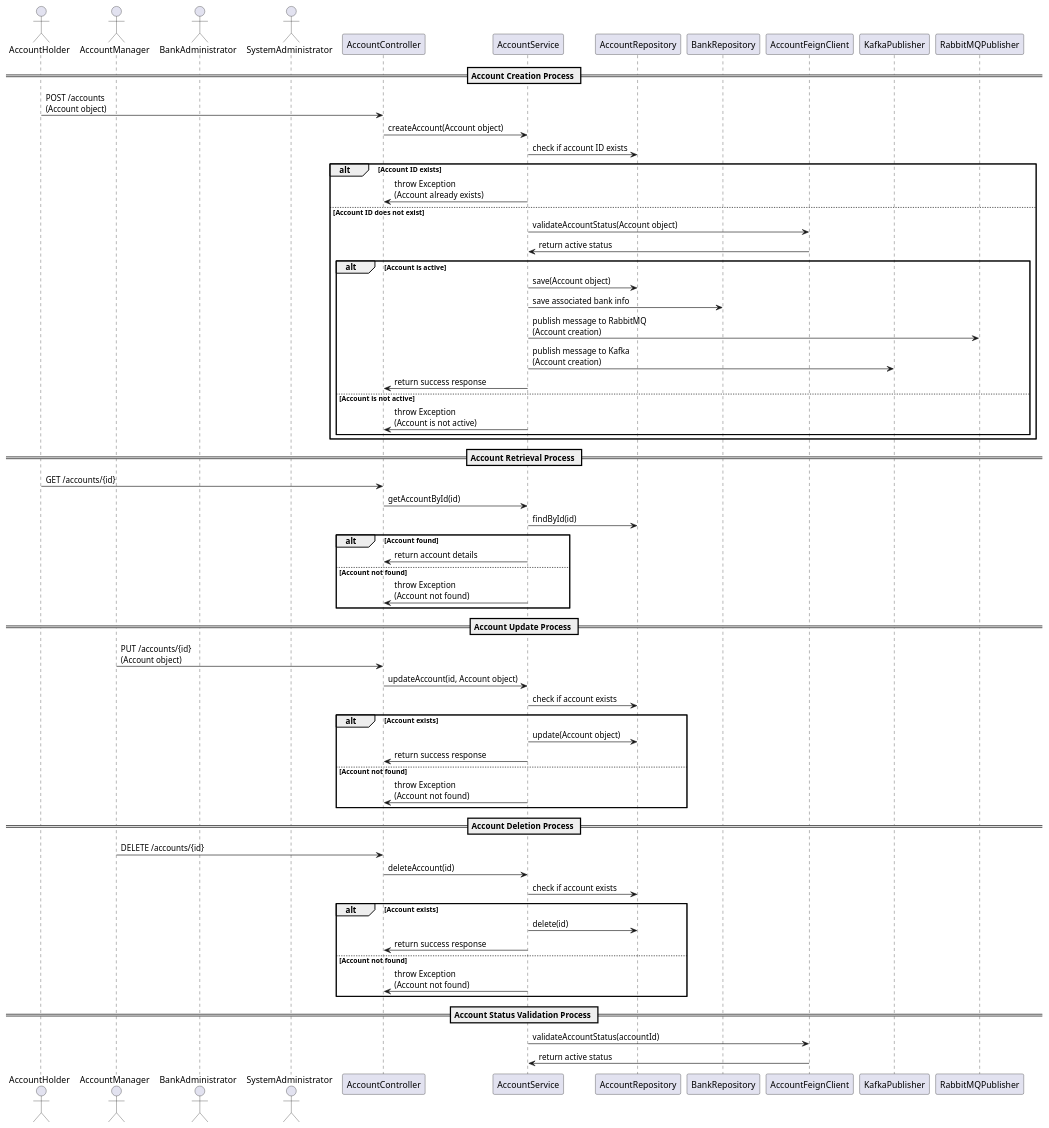
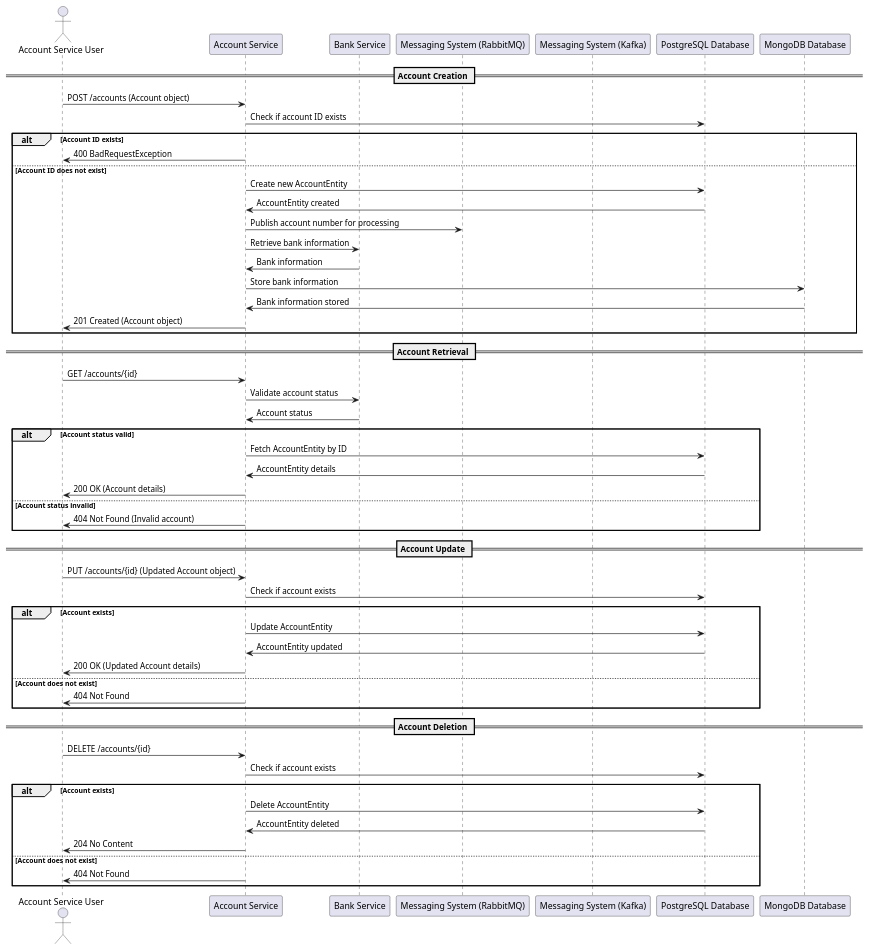
One commit to Bhaskar-Pavan/AccountService changed the diagram in design_document/Account_service.md. Above: the diagram before and after it, drawn with PlantUML. The commit also changed other lines of this file, not shown here.

````diff
--- a/design_document/Account_service.md
+++ b/design_document/Account_service.md
@@ -57,72 +38,62 @@
 ```plantuml
 @startuml
-actor AccountHolder as AH
-actor AccountManager as AM
-actor BankAdministrator as BA
-actor SystemAdministrator as SA
-participant "AccountController" as AC
-participant "AccountService" as AS
-participant "AccountRepository" as AR
-participant "BankRepository" as BR
-participant "AccountFeignClient" as AFC
-participant "KafkaPublisher" as KP
-participant "RabbitMQPublisher" as RP
+actor "Account Service User" as User
+participant "Account Service" as Service
+participant "Bank Service" as BankService
+participant "Messaging System (RabbitMQ)" as RabbitMQ
+participant "Messaging System (Kafka)" as Kafka
+participant "PostgreSQL Database" as PostgreSQL
+participant "MongoDB Database" as MongoDB
 
-== Account Creation Process ==
-AH -> AC : POST /accounts\n(Account object)
-AC -> AS : createAccount(Account object)
-AS -> AR : check if account ID exists
+== Account Creation ==
+User -> Service : POST /accounts (Account object)
+Service -> PostgreSQL : Check if account ID exists
 alt Account ID exists
-    AS -> AC : throw Exception\n(Account already exists)
+    Service -> User : 400 BadRequestException
 else Account ID does not exist
-    AS -> AFC : validateAccountStatus(Account object)
-    AFC -> AS : return active status
-    alt Account is active
-        AS -> AR : save(Account object)
-        AS -> BR : save associated bank info
-        AS -> RP : publish message to RabbitMQ\n(Account creation)
-        AS -> KP : publish message to Kafka\n(Account creation)
-        AS -> AC : return success response
-    else Account is not active
-        AS -> AC : throw Exception\n(Account is not active)
-    end
+    Service -> PostgreSQL : Create new AccountEntity
+    PostgreSQL -> Service : AccountEntity created
+    Service -> RabbitMQ : Publish account number for processing
+    Service -> BankService : Retrieve bank information
+    BankService -> Service : Bank information
+    Service -> MongoDB : Store bank information
+    MongoDB -> Service : Bank information stored
+    Service -> User : 201 Created (Account object)
 end
 
-== Account Retrieval Process ==
-AH -> AC : GET /accounts/{id}
-AC -> AS : getAccountById(id)
-AS -> AR : findById(id)
-alt Account found
-    AS -> AC : return account details
-else Account not found
-    AS -> AC : throw Exception\n(Account not found)
+== Account Retrieval ==
+User -> Service : GET /accounts/{id}
+Service -> BankService : Validate account status
+BankService -> Service : Account status
+alt Account status valid
+    Service -> PostgreSQL : Fetch AccountEntity by ID
+    PostgreSQL -> Service : AccountEntity details
+    Service -> User : 200 OK (Account details)
+else Account status invalid
+    Service -> User : 404 Not Found (Invalid account)
 end
 
-== Account Update Process ==
-AM -> AC : PUT /accounts/{id}\n(Account object)
-AC -> AS : updateAccount(id, Account object)
-AS -> AR : check if account exists
+== Account Update ==
+User -> Service : PUT /accounts/{id} (Updated Account object)
+Service -> PostgreSQL : Check if account exists
 alt Account exists
-    AS -> AR : update(Account object)
-    AS -> AC : return success response
-else Account not found
-    AS -> AC : throw Exception\n(Account not found)
+    Service -> PostgreSQL : Update AccountEntity
+    PostgreSQL -> Service : AccountEntity updated
+    Service -> User : 200 OK (Updated Account details)
+else Account does not exist
+    Service -> User : 404 Not Found
 end
 
-== Account Deletion Process ==
-AM -> AC : DELETE /accounts/{id}
-AC -> AS : deleteAccount(id)
-AS -> AR : check if account exists
+== Account Deletion ==
+User -> Service : DELETE /accounts/{id}
+Service -> PostgreSQL : Check if account exists
 alt Account exists
-    AS -> AR : delete(id)
-    AS -> AC : return success response
-else Account not found
-    AS -> AC : throw Exception\n(Account not found)
+    Service -> PostgreSQL : Delete AccountEntity
+    PostgreSQL -> Service : AccountEntity deleted
+    Service -> User : 204 No Content
+else Account does not exist
+    Service -> User : 404 Not Found
 end
-
-== Account Status Validation Process ==
-AS -> AFC : validateAccountStatus(accountId)
-AFC -> AS : return active status
 
 @enduml
 ```
````
